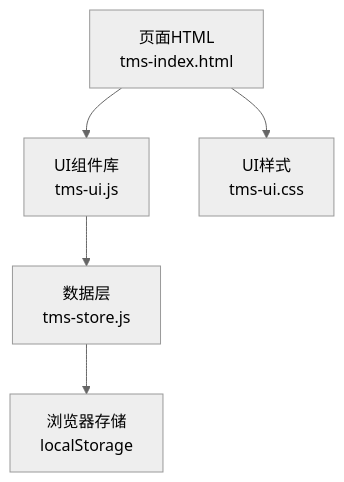
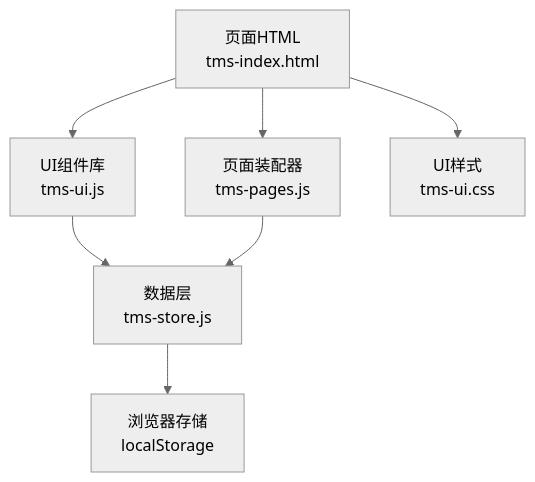
The first of 10 diagrams in .qoder/repowiki/zh/content/系统架构设计/UI组件架构/UI组件架构.md (PengLine/blog-tms), drawn with Mermaid (neutral theme) before and after one commit. The commit also changed other lines of this file and 101 other files, not shown here.

````diff
--- a/.qoder/repowiki/zh/content/系统架构设计/UI组件架构/UI组件架构.md
+++ b/.qoder/repowiki/zh/content/系统架构设计/UI组件架构/UI组件架构.md
@@ -34,7 +47,9 @@
 ```mermaid
 graph TB
 Page["页面HTML<br/>tms-index.html"] --> UICore["UI组件库<br/>tms-ui.js"]
+Page --> PageAssembly["页面装配器<br/>tms-pages.js"]
 Page --> Styles["UI样式<br/>tms-ui.css"]
 UICore --> Store["数据层<br/>tms-store.js"]
+PageAssembly --> Store
 Store --> LocalStorage["浏览器存储<br/>localStorage"]
 ```
````
